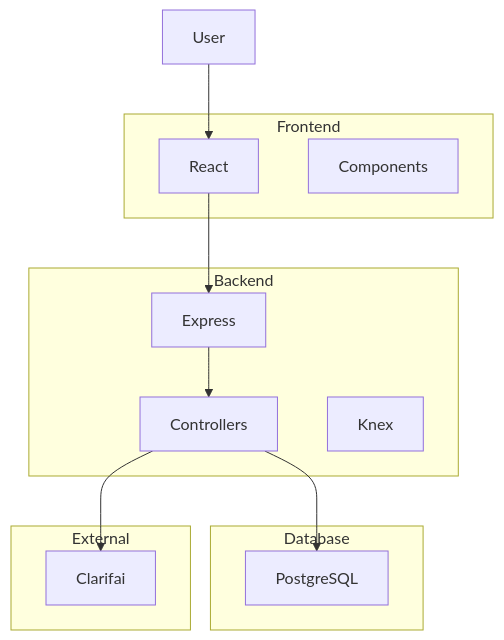
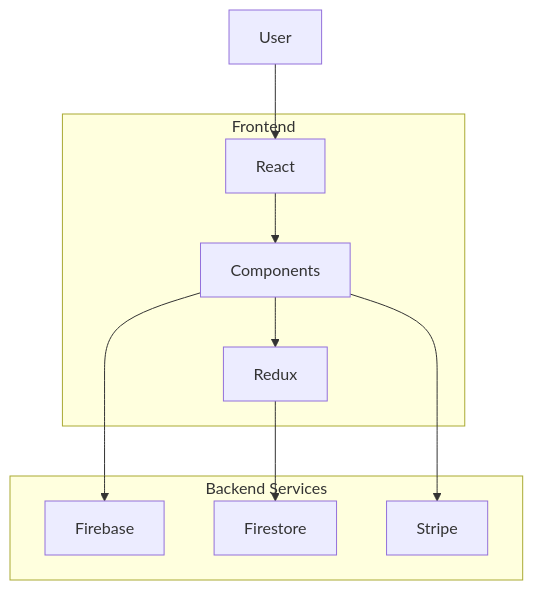
One commit to kishky101/crown-clothing changed the first of 3 diagrams in README.md. Above: the diagram before and after it, drawn with Mermaid. The commit also changed other lines of this file, not shown here.

````diff
--- a/README.md
+++ b/README.md
@@ -83,34 +93,29 @@
 ```mermaid
 flowchart TD
 
 User
 
 subgraph Frontend
 React
+Redux
 Components
 end
 
-subgraph Backend
-Express
-Controllers
-Knex
-end
-
-subgraph Database
-PostgreSQL
-end
-
-subgraph External
-Clarifai
+subgraph Backend Services
+Firebase
+Firestore
+Stripe
 end
 
 User --> React
 
-React --> Express
+React --> Components
 
-Express --> Controllers
+Components --> Redux
 
-Controllers --> PostgreSQL
+Redux --> Firestore
 
-Controllers --> Clarifai
+Components --> Firebase
+
+Components --> Stripe
 ```
````
